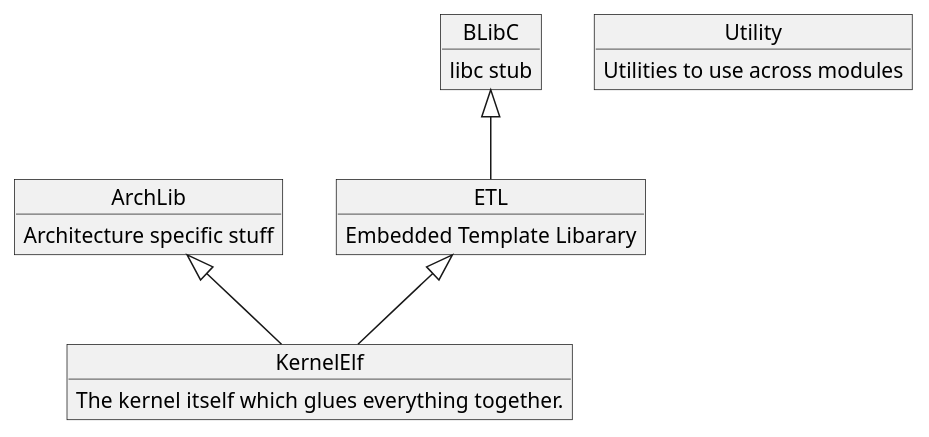
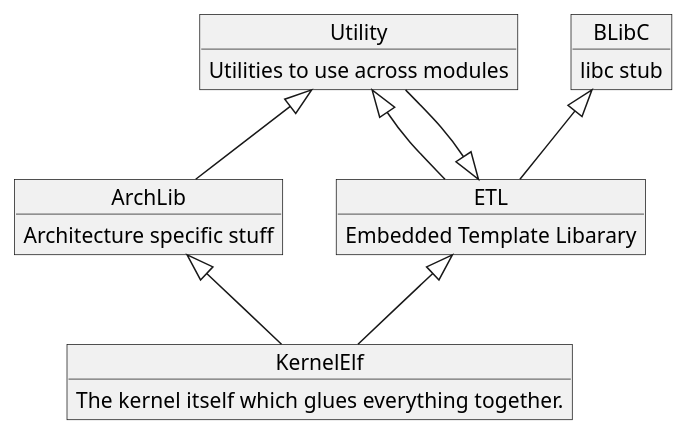
Before and after one commit to cbladt/BladtOS: the diagram in Docs/ModuleDiagram.puml, drawn with PlantUML.

```diff
--- a/Docs/ModuleDiagram.puml
+++ b/Docs/ModuleDiagram.puml
@@ -1,23 +1,29 @@
 @startuml
 
 object KernelElf
 KernelElf : The kernel itself which glues everything together.
 
 object BLibC
 BLibC : libc stub
 
 object ArchLib
 ArchLib : Architecture specific stuff
 
 object Utility
 Utility : Utilities to use across modules
 
 object ETL
 ETL : Embedded Template Libarary
 
 BLibC <|-- ETL
 
 ArchLib <|-- KernelElf
 ETL <|-- KernelElf
 
+ETL <|-- Utility
+
+Utility <|-- ArchLib
+Utility <|-- ETL
+
+
 @enduml
```
